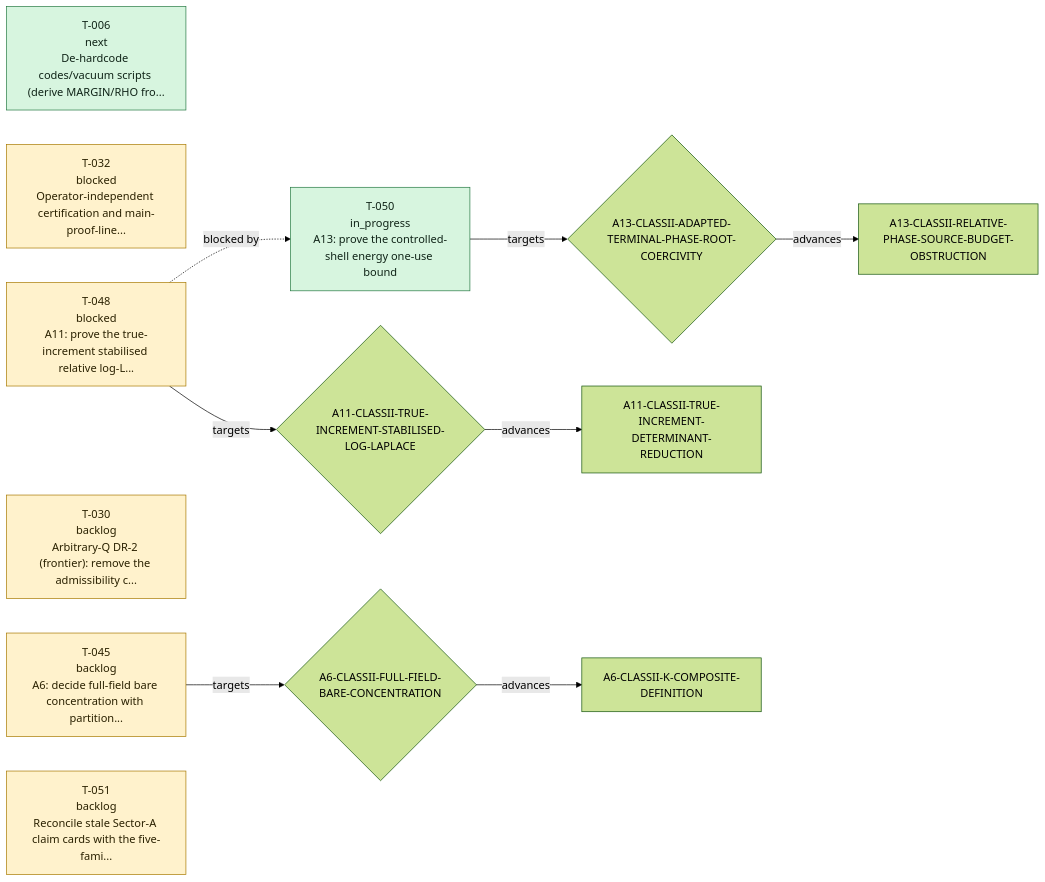
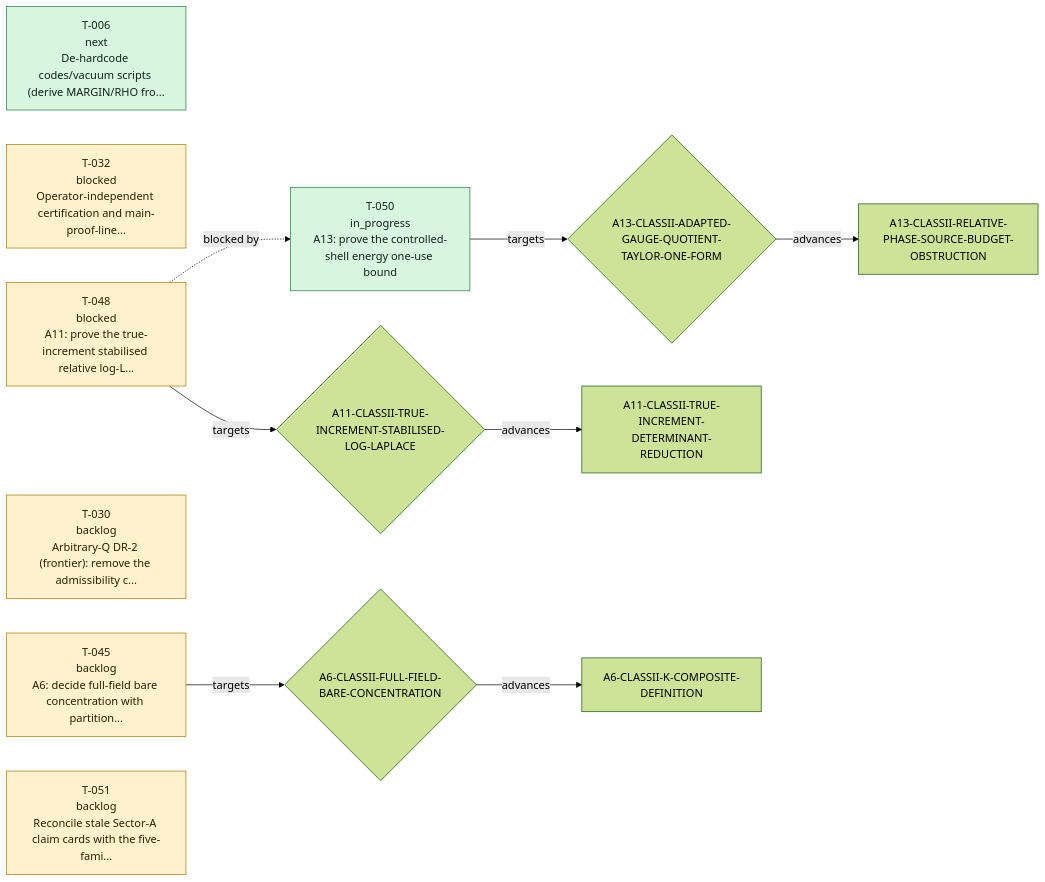
One commit to TECT-OpenPhysics/TECT-Preview changed the second of 2 diagrams in theory/proof-evidence-map.md. Above: the diagram before and after it, drawn with Mermaid (forest theme). The commit also changed other lines of this file and 32 other files, not shown here.

````diff
--- a/theory/proof-evidence-map.md
+++ b/theory/proof-evidence-map.md
@@ -63,27 +63,27 @@
 ```mermaid
 flowchart LR
   N_T_050["T-050<br/>in_progress<br/>A13: prove the controlled-shell energy one-use bound"]
-  N_A13_CLASSII_ADAPTED_TERMINAL_PHASE_ROOT_COERCIVITY{"A13-CLASSII-ADAPTED-TERMINAL-PHASE-ROOT-COERCIVITY"}
-  N_T_050 -->|targets| N_A13_CLASSII_ADAPTED_TERMINAL_PHASE_ROOT_COERCIVITY
+  N_A13_CLASSII_ADAPTED_GAUGE_QUOTIENT_TAYLOR_ONE_FORM{"A13-CLASSII-ADAPTED-GAUGE-QUOTIENT-TAYLOR-ONE-FORM"}
+  N_T_050 -->|targets| N_A13_CLASSII_ADAPTED_GAUGE_QUOTIENT_TAYLOR_ONE_FORM
   N_A13_CLASSII_RELATIVE_PHASE_SOURCE_BUDGET_OBSTRUCTION["A13-CLASSII-RELATIVE-PHASE-SOURCE-BUDGET-OBSTRUCTION"]
-  N_A13_CLASSII_ADAPTED_TERMINAL_PHASE_ROOT_COERCIVITY -->|advances| N_A13_CLASSII_RELATIVE_PHASE_SOURCE_BUDGET_OBSTRUCTION
+  N_A13_CLASSII_ADAPTED_GAUGE_QUOTIENT_TAYLOR_ONE_FORM -->|advances| N_A13_CLASSII_RELATIVE_PHASE_SOURCE_BUDGET_OBSTRUCTION
   N_T_006["T-006<br/>next<br/>De-hardcode codes/vacuum scripts (derive MARGIN/RHO fro..."]
   N_T_032["T-032<br/>blocked<br/>Operator-independent certification and main-proof-line..."]
   N_T_048["T-048<br/>blocked<br/>A11: prove the true-increment stabilised relative log-L..."]
   N_A11_CLASSII_TRUE_INCREMENT_STABILISED_LOG_LAPLACE{"A11-CLASSII-TRUE-INCREMENT-STABILISED-LOG-LAPLACE"}
   N_T_048 -->|targets| N_A11_CLASSII_TRUE_INCREMENT_STABILISED_LOG_LAPLACE
   N_A11_CLASSII_TRUE_INCREMENT_DETERMINANT_REDUCTION["A11-CLASSII-TRUE-INCREMENT-DETERMINANT-REDUCTION"]
   N_A11_CLASSII_TRUE_INCREMENT_STABILISED_LOG_LAPLACE -->|advances| N_A11_CLASSII_TRUE_INCREMENT_DETERMINANT_REDUCTION
   N_T_048 -. "blocked by" .-> N_T_050
   N_T_030["T-030<br/>backlog<br/>Arbitrary-Q DR-2 (frontier): remove the admissibility c..."]
   N_T_045["T-045<br/>backlog<br/>A6: decide full-field bare concentration with partition..."]
   N_A6_CLASSII_FULL_FIELD_BARE_CONCENTRATION{"A6-CLASSII-FULL-FIELD-BARE-CONCENTRATION"}
   N_T_045 -->|targets| N_A6_CLASSII_FULL_FIELD_BARE_CONCENTRATION
   N_A6_CLASSII_K_COMPOSITE_DEFINITION["A6-CLASSII-K-COMPOSITE-DEFINITION"]
   N_A6_CLASSII_FULL_FIELD_BARE_CONCENTRATION -->|advances| N_A6_CLASSII_K_COMPOSITE_DEFINITION
   N_T_051["T-051<br/>backlog<br/>Reconcile stale Sector-A claim cards with the five-fami..."]
   classDef active fill:#d7f5df,stroke:#257942,color:#102418
   classDef waiting fill:#fff2cc,stroke:#a87900,color:#2a2100
   class N_T_050,N_T_006 active
   class N_T_032,N_T_048,N_T_030,N_T_045,N_T_051 waiting
 ```
````
